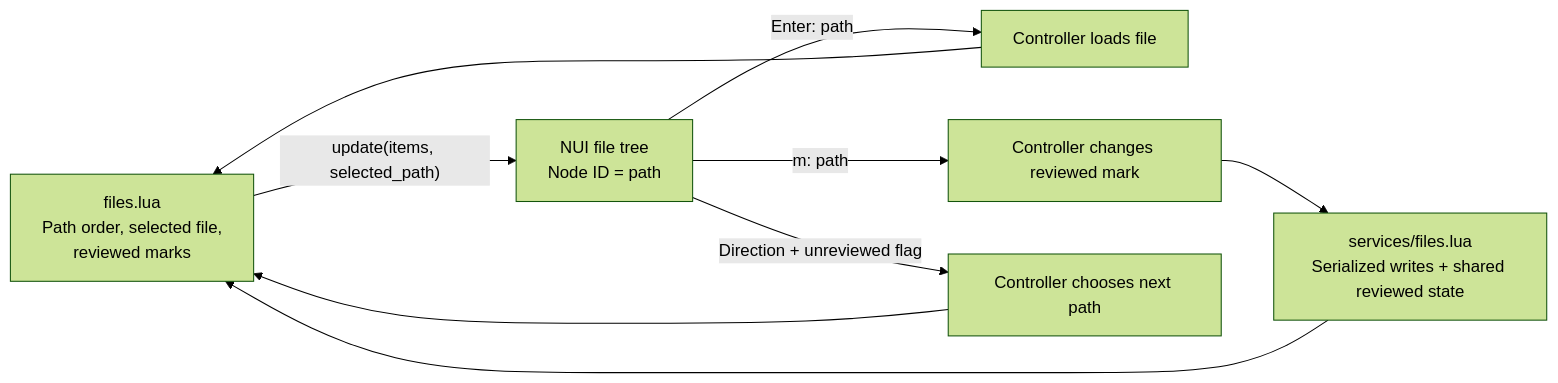
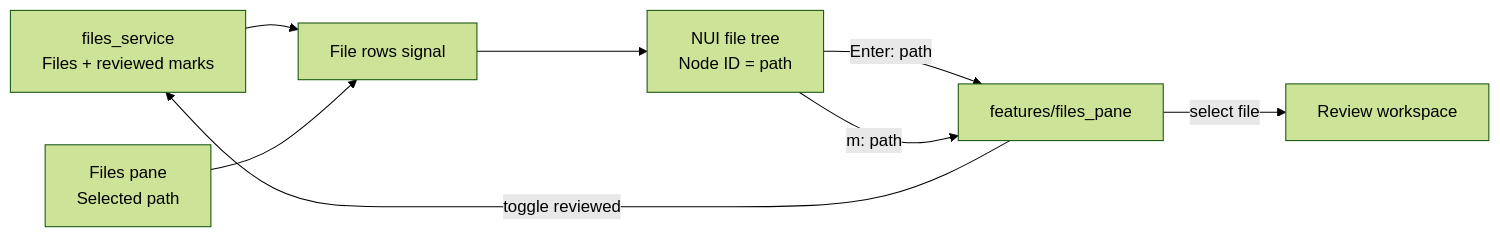
The second of 2 diagrams in docs/architecture/lgtm.nvim/ui/files.md (difflab-io/lgtm), drawn with Mermaid (forest theme) before and after one commit. The commit also changed other lines of this file and 119 other files, not shown here.

````diff
--- a/docs/architecture/lgtm.nvim/ui/files.md
+++ b/docs/architecture/lgtm.nvim/ui/files.md
@@ -109,11 +110,10 @@
 ```mermaid
 flowchart LR
-  Controller["files.lua<br/>Path order, selected file,<br/>reviewed marks"] -->|"update(items, selected_path)"| Tree["NUI file tree<br/>Node ID = path"]
-  Tree -->|"Enter: path"| Open["Controller loads file"]
-  Tree -->|"m: path"| Mark["Controller changes reviewed mark"]
-  Tree -->|"Direction + unreviewed flag"| Next["Controller chooses next path"]
-  Mark --> Store["services/files.lua<br/>Serialized writes + shared reviewed state"]
-  Store --> Controller
-  Open --> Controller
-  Next --> Controller
+  Store["files_service<br/>Files + reviewed marks"] --> Rows["File rows signal"]
+  Selection["Files pane<br/>Selected path"] --> Rows
+  Rows --> Tree["NUI file tree<br/>Node ID = path"]
+  Tree -->|"Enter: path"| Pane["features/files_pane"]
+  Tree -->|"m: path"| Pane
+  Pane -->|"toggle reviewed"| Store
+  Pane -->|"select file"| Source["Review workspace"]
 ```
````
